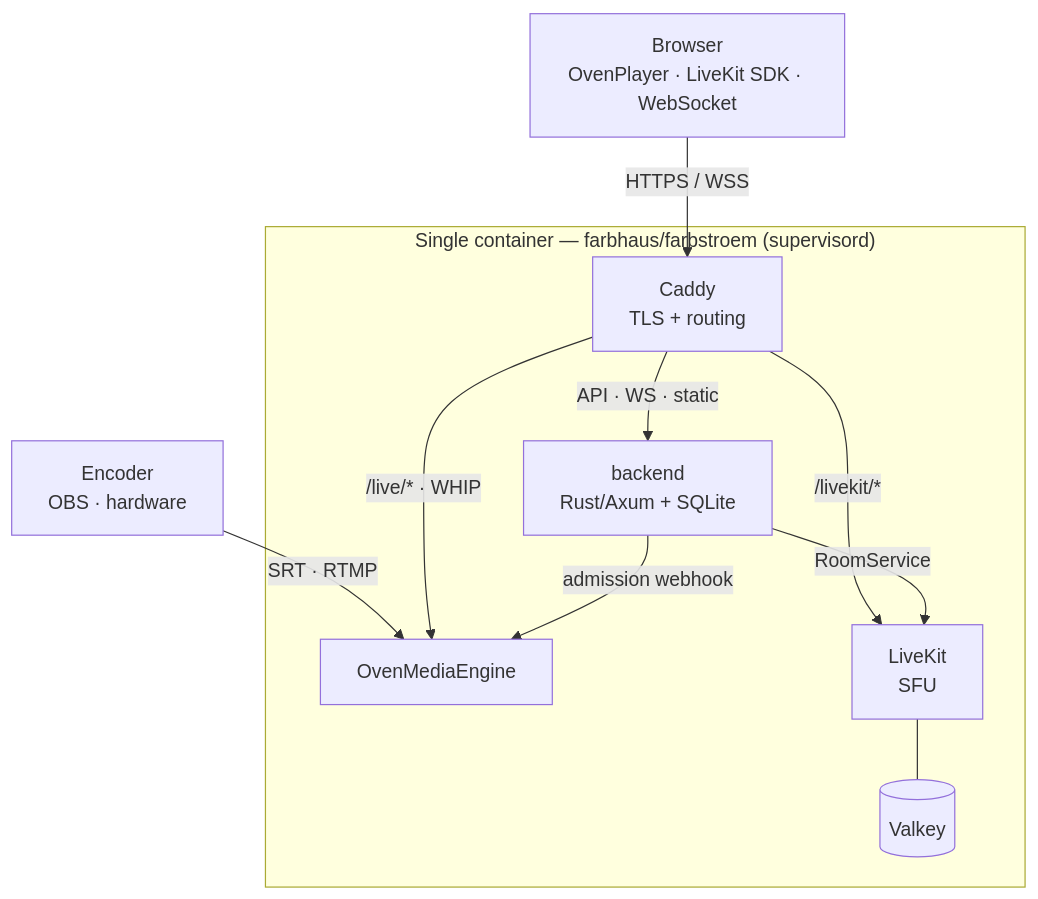
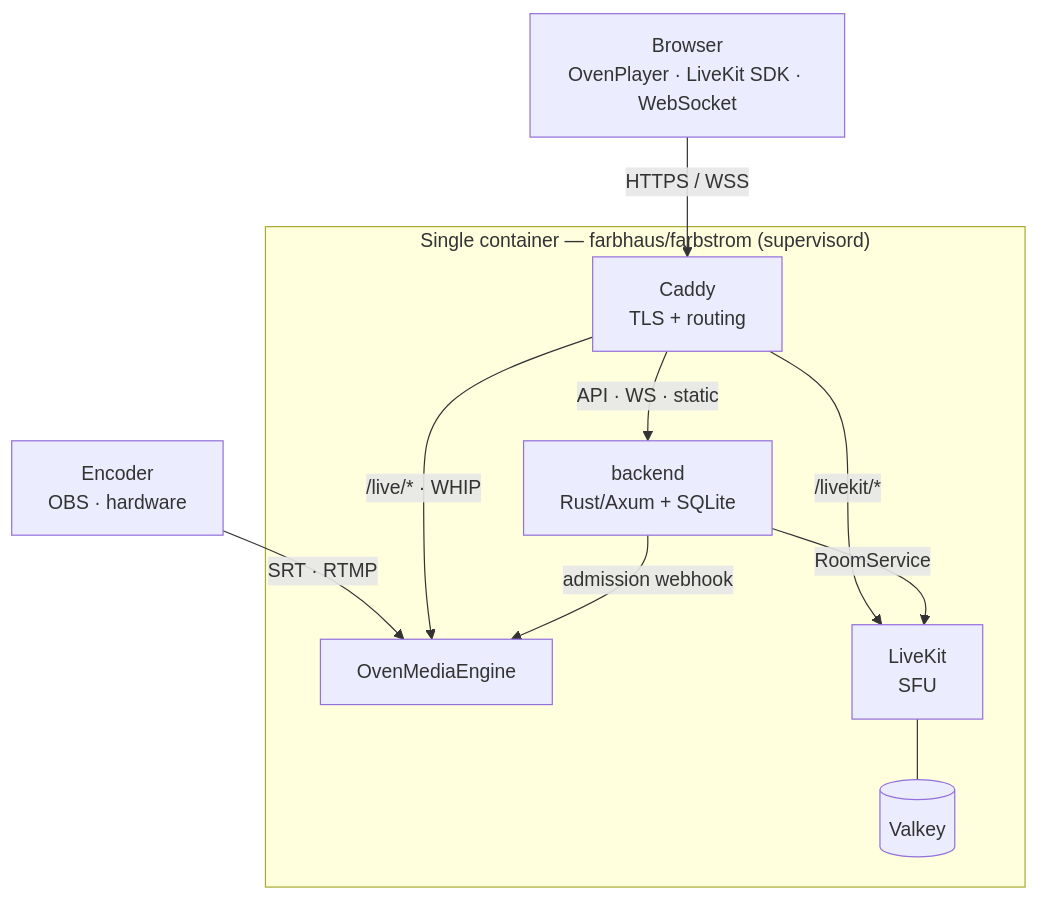
The diagram in README.md (farbhaus/Farbstrom), drawn with Mermaid before and after one commit. The commit also changed other lines of this file and 39 other files, not shown here.

````diff
--- a/README.md
+++ b/README.md
@@ -7,24 +7,24 @@
 ```mermaid
 flowchart TB
     Encoder["Encoder<br/>OBS · hardware"]
     Browser["Browser<br/>OvenPlayer · LiveKit SDK · WebSocket"]
 
-    subgraph host["Single container — farbhaus/farbstroem (supervisord)"]
+    subgraph host["Single container — farbhaus/farbstrom (supervisord)"]
         Caddy["Caddy<br/>TLS + routing"]
         Backend["backend<br/>Rust/Axum + SQLite"]
         OME["OvenMediaEngine"]
         LK["LiveKit<br/>SFU"]
         Valkey[("Valkey")]
     end
 
     Encoder -->|"SRT · RTMP"| OME
     Browser -->|HTTPS / WSS| Caddy
 
     Caddy -->|"/live/* · WHIP"| OME
     Caddy -->|"/livekit/*"| LK
     Caddy -->|"API · WS · static"| Backend
 
     Backend -->|RoomService| LK
     Backend -->|admission webhook| OME
     LK --- Valkey
 ```
````
